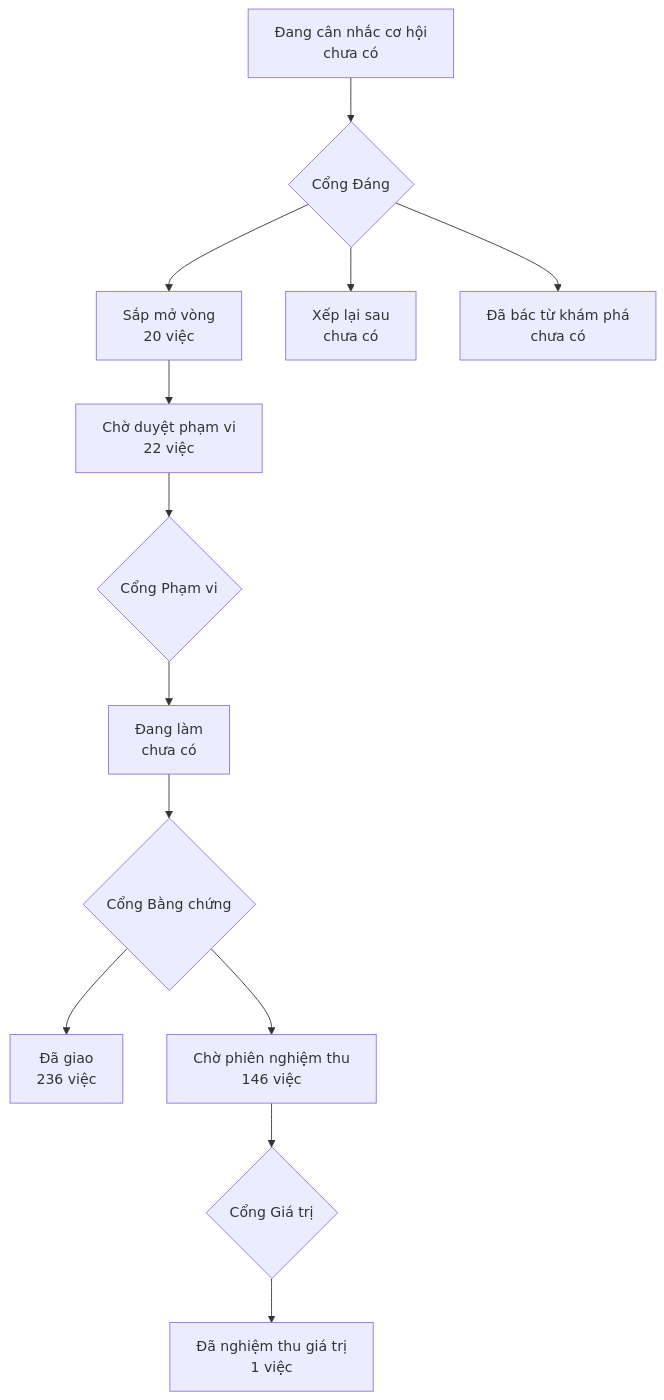
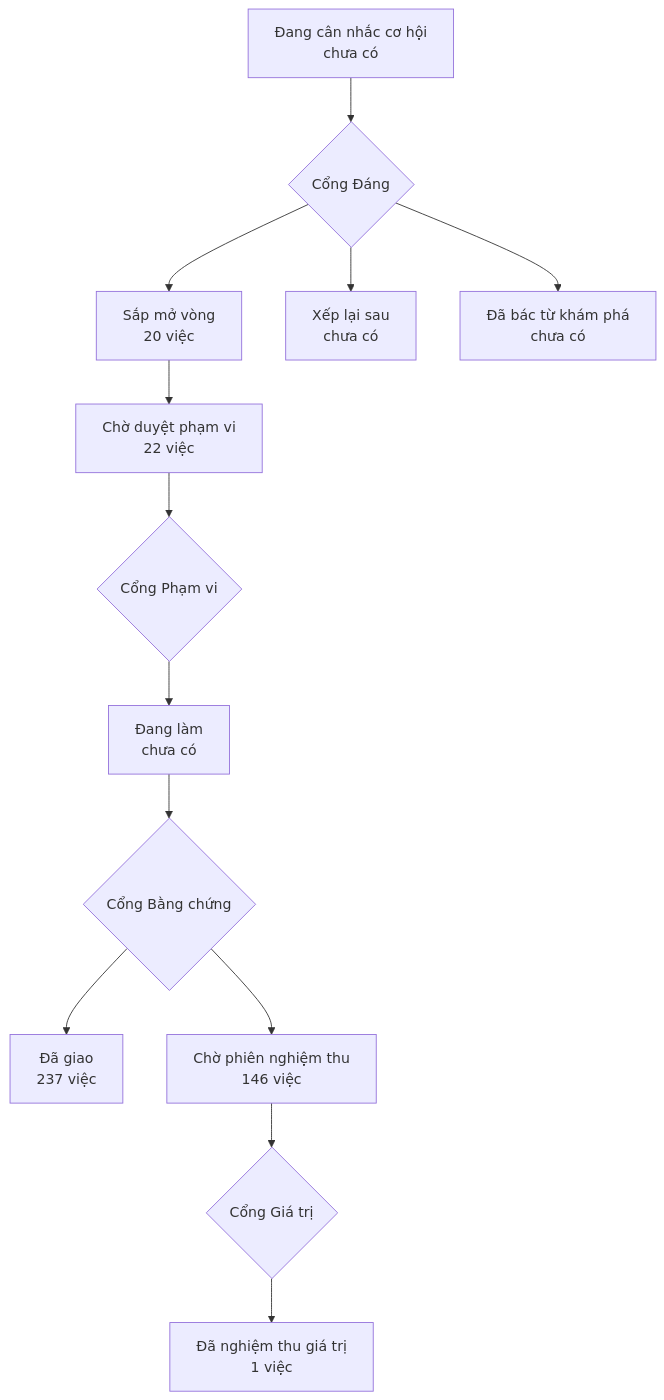
The diagram in PRODUCT-MAP.md (phanlemanh/onehub-invest), drawn with Mermaid before and after one commit. The commit also changed other lines of this file and 1 other file, not shown here.

Commit message:
chore: vẽ lại bản đồ sau khi gộp main

````diff
--- a/PRODUCT-MAP.md
+++ b/PRODUCT-MAP.md
@@ -7,12 +7,12 @@
 ```mermaid
 flowchart TD
   A["Đang cân nhắc cơ hội<br/>chưa có"] --> GD{"Cổng Đáng"}
   GD --> B["Sắp mở vòng<br/>20 việc"]
   GD --> XL["Xếp lại sau<br/>chưa có"]
   GD --> DB["Đã bác từ khám phá<br/>chưa có"]
   B --> CD["Chờ duyệt phạm vi<br/>22 việc"] --> GP{"Cổng Phạm vi"}
   GP --> DL["Đang làm<br/>chưa có"] --> GB{"Cổng Bằng chứng"}
-  GB --> DG["Đã giao<br/>236 việc"]
+  GB --> DG["Đã giao<br/>237 việc"]
   GB --> CN["Chờ phiên nghiệm thu<br/>146 việc"] --> GG{"Cổng Giá trị"}
   GG --> NT["Đã nghiệm thu giá trị<br/>1 việc"]
 ```
````
